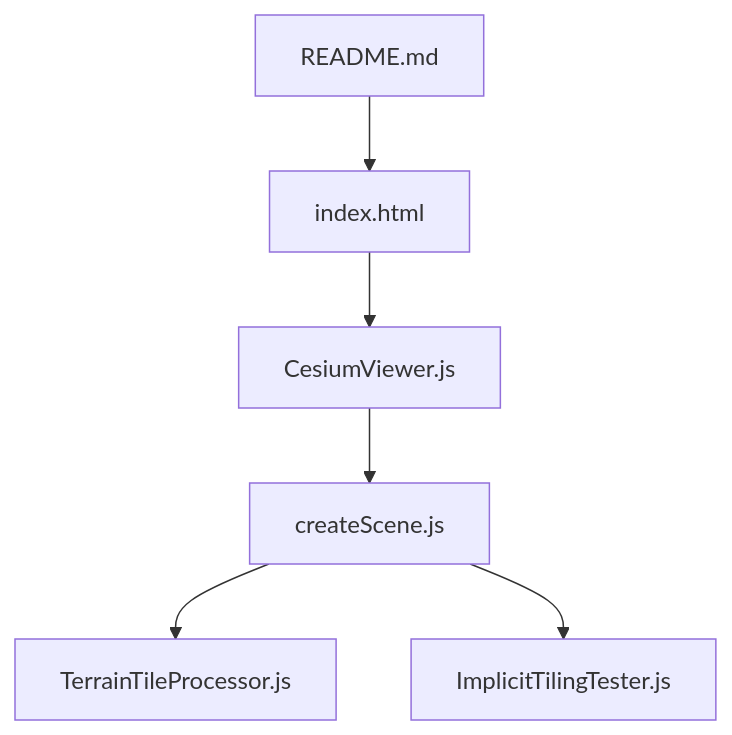
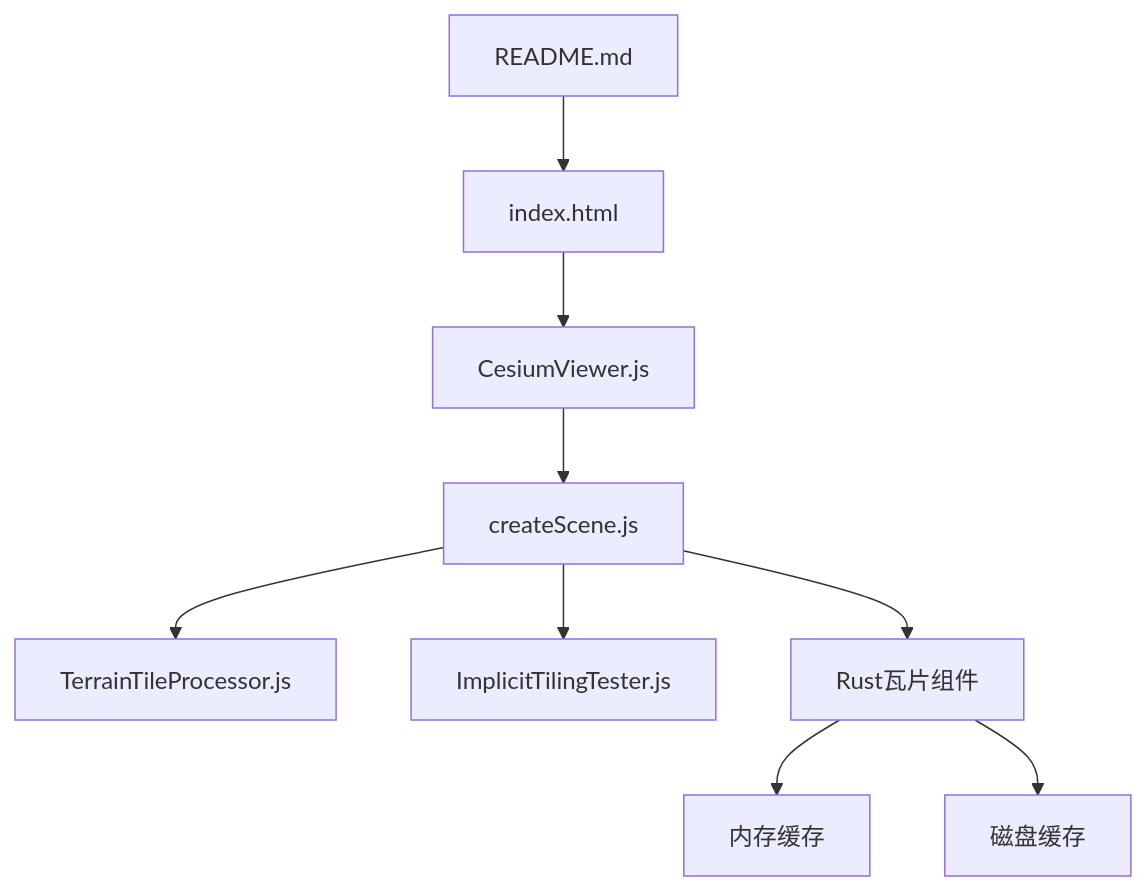
One commit to rzhangjing/cesium changed the seventh of 7 diagrams in .qoder/repowiki/zh/content/性能优化/数据加载优化/瓦片加载策略.md. Above: the diagram before and after it, drawn with Mermaid. The commit also changed other lines of this file and 56 other files, not shown here.

````diff
--- a/.qoder/repowiki/zh/content/性能优化/数据加载优化/瓦片加载策略.md
+++ b/.qoder/repowiki/zh/content/性能优化/数据加载优化/瓦片加载策略.md
@@ -249,8 +267,11 @@
 ```mermaid
 graph TB
 R["README.md"] --> I["index.html"]
 I --> V["CesiumViewer.js"]
 V --> S["createScene.js"]
 S --> T["TerrainTileProcessor.js"]
 S --> IT["ImplicitTilingTester.js"]
+S --> RC["Rust瓦片组件"]
+RC --> MC["内存缓存"]
+RC --> DC["磁盘缓存"]
 ```
````
